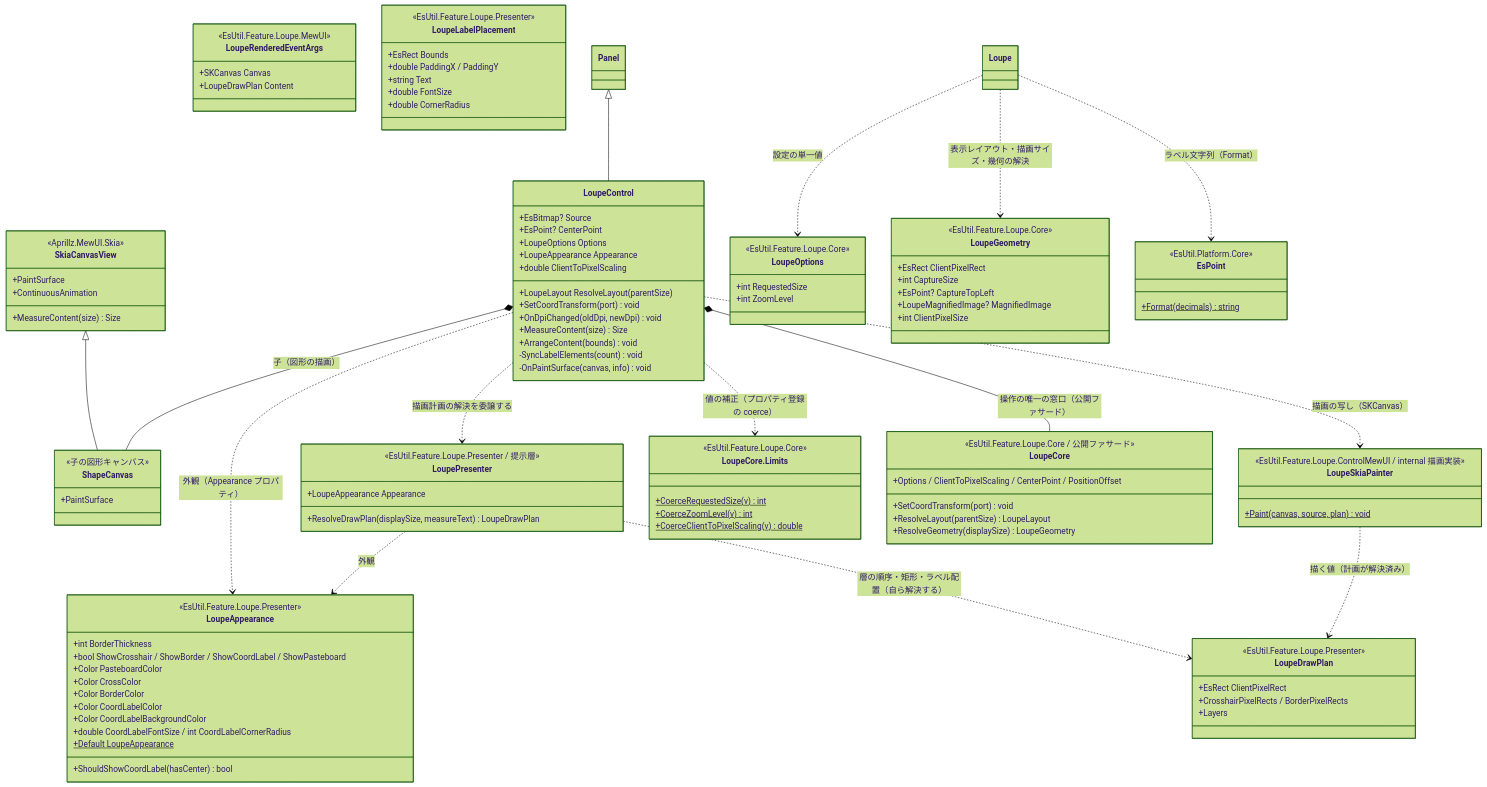
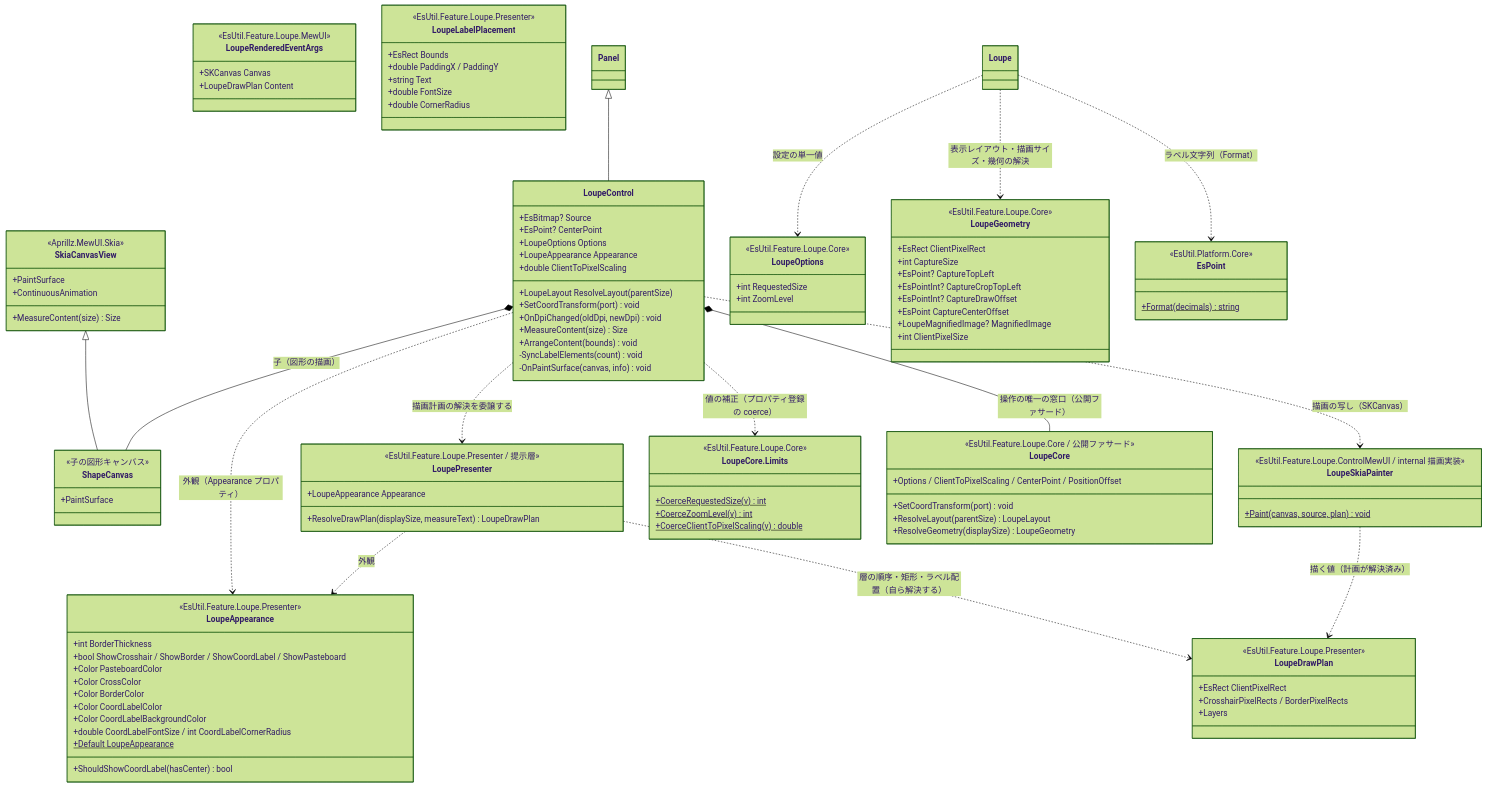
One commit to tomokuni/SaveEvidence changed the first of 2 diagrams in src/EsUtil.Feature.Loupe.ControlMewUI/docs/SPEC_System.md. Above: the diagram before and after it, drawn with Mermaid (forest theme). The commit also changed 15 other files, not shown here.

```diff
--- a/src/EsUtil.Feature.Loupe.ControlMewUI/docs/SPEC_System.md
+++ b/src/EsUtil.Feature.Loupe.ControlMewUI/docs/SPEC_System.md
@@ -171,6 +171,9 @@
         +EsRect ClientPixelRect
         +int CaptureSize
         +EsPoint? CaptureTopLeft
+        +EsPointInt? CaptureCropTopLeft
+        +EsPointInt? CaptureDrawOffset
+        +EsPoint CaptureCenterOffset
         +LoupeMagnifiedImage? MagnifiedImage
         +int ClientPixelSize
     }
```
